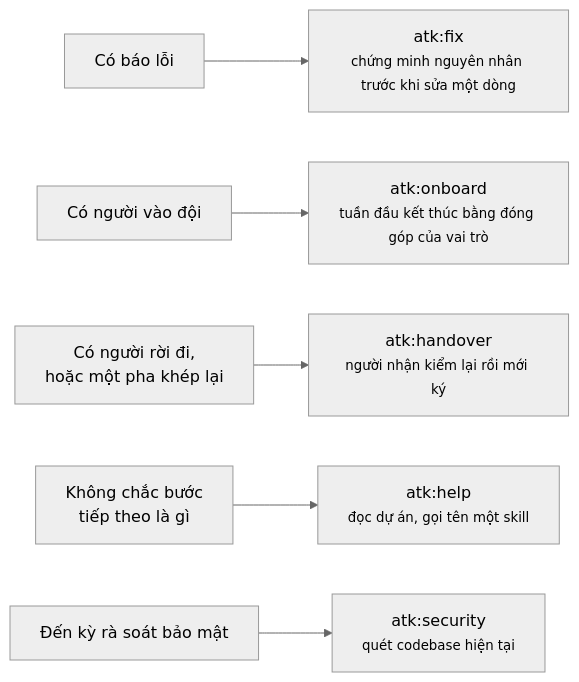
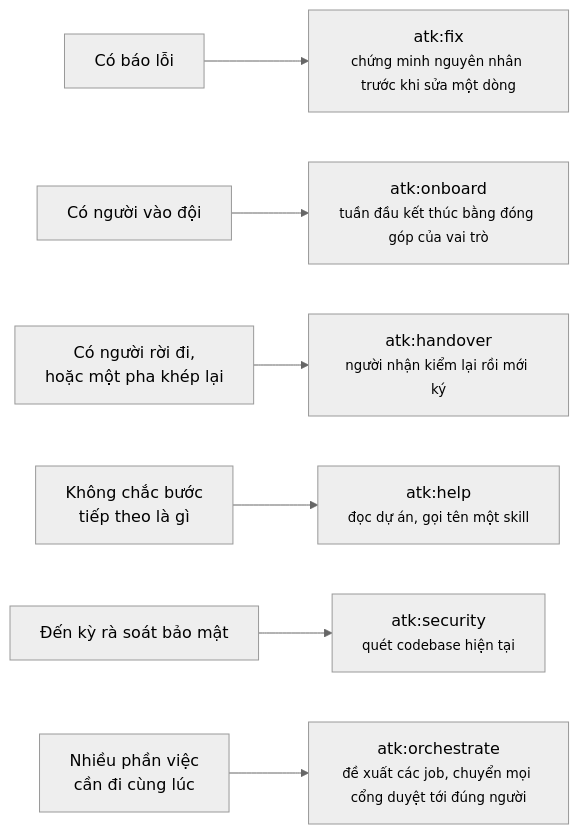
One commit to lamngockhuong/aiteamkit changed the third of 3 diagrams in docs/vi/flow/project-flow.md. Above: the diagram before and after it, drawn with Mermaid (neutral theme). The commit also changed other lines of this file and 12 other files, not shown here.

Commit message:
docs: place atk:orchestrate in the flow, lifecycle, architecture and role tables

````diff
--- a/docs/vi/flow/project-flow.md
+++ b/docs/vi/flow/project-flow.md
@@ -165,8 +166,9 @@
 ```mermaid
 flowchart LR
     X1["Có báo lỗi"] --> X2["atk:fix<br/><small>chứng minh nguyên nhân trước khi sửa một dòng</small>"]
     X3["Có người vào đội"] --> X4["atk:onboard<br/><small>tuần đầu kết thúc bằng đóng góp của vai trò</small>"]
     X5["Có người rời đi,<br/>hoặc một pha khép lại"] --> X6["atk:handover<br/><small>người nhận kiểm lại rồi mới ký</small>"]
     X7["Không chắc bước<br/>tiếp theo là gì"] --> X8["atk:help<br/><small>đọc dự án, gọi tên một skill</small>"]
     X9["Đến kỳ rà soát bảo mật"] --> X10["atk:security<br/><small>quét codebase hiện tại</small>"]
+    X11["Nhiều phần việc<br/>cần đi cùng lúc"] --> X12["atk:orchestrate<br/><small>đề xuất các job, chuyển mọi cổng duyệt tới đúng người</small>"]
 ```
````
